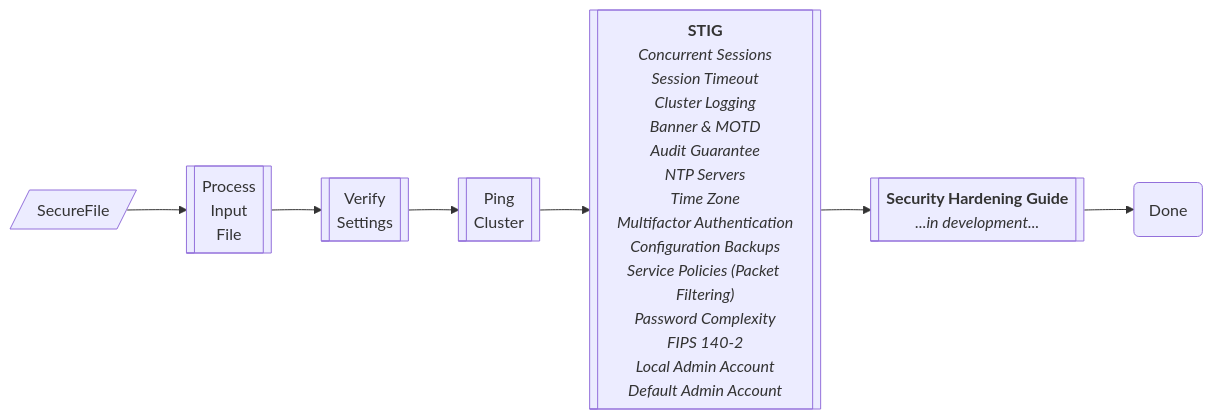
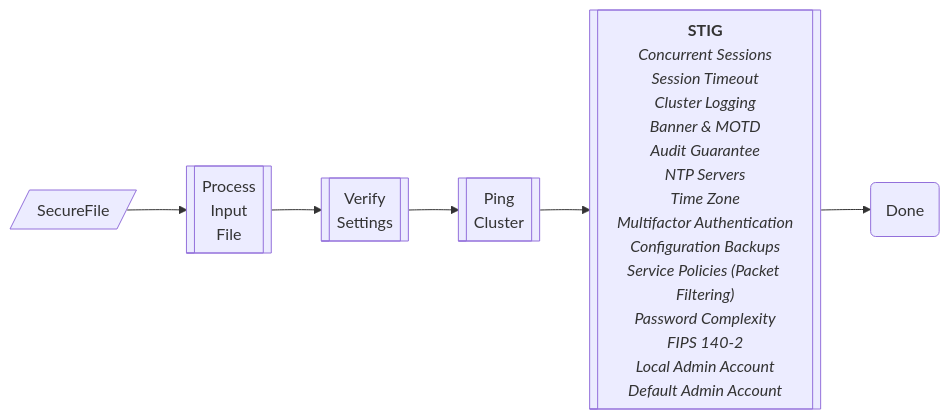
Before and after one commit to johncchampion/ontap_stig: the first of 2 diagrams in README.md, drawn with Mermaid.

````diff
--- a/README.md
+++ b/README.md
@@ -111,31 +111,28 @@
 ```mermaid
 
 flowchart LR
 V1[/SecureFile/]
 T1[[Process<br>Input<br>File]]
 T2[[Verify<br>Settings]]
 T3[[Ping<br>Cluster]]
 T4[["<b>STIG</b><i>
 Concurrent Sessions
 Session Timeout
 Cluster Logging
 Banner & MOTD
 Audit Guarantee
 NTP Servers
 Time Zone
 Multifactor Authentication
 Configuration Backups
 Service Policies (Packet Filtering)
 Password Complexity
 FIPS 140-2
 Local Admin Account
 Default Admin Account
 </i>
 "]]
-T5[["<b>Security Hardening Guide</b>
-<i>...in development...</i>
-"]]
 T99(Done)
-V1 --> T1 --> T2 --> T3 --> T4 --> T5 --> T99
+V1 --> T1 --> T2 --> T3 --> T4 --> T99
 
 ```
````
